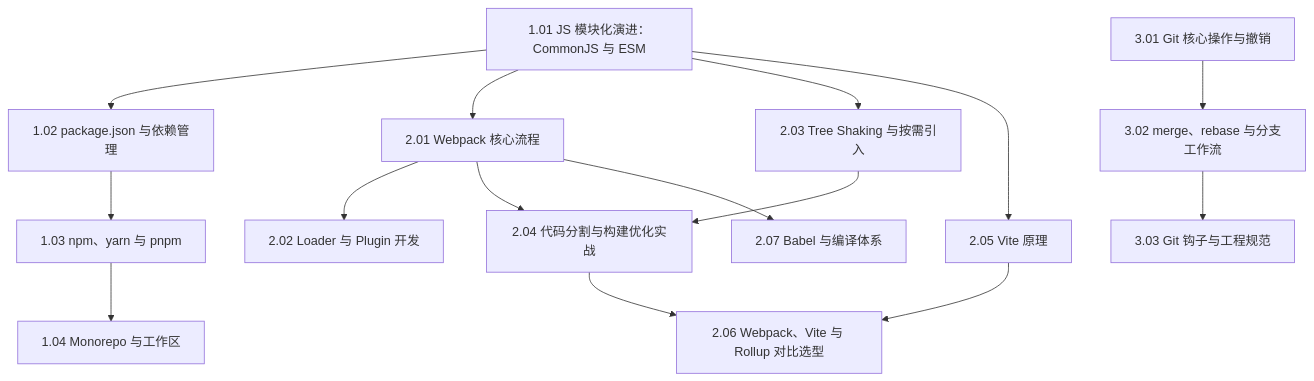
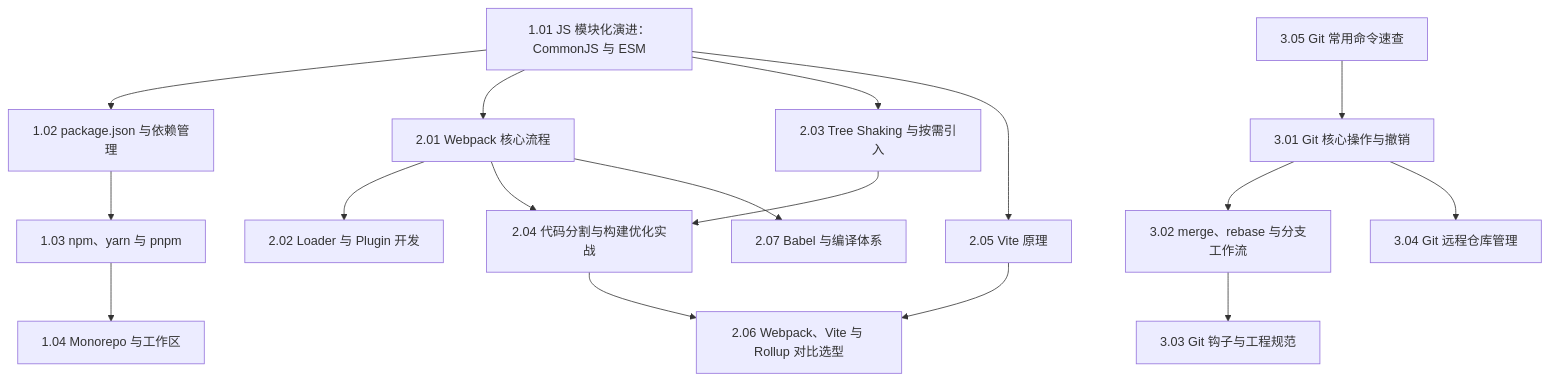
Before and after one commit to YuArtian/maraudersmap: the diagram in Marauder'sMap/Library/工程化/Index.md, drawn with Mermaid. The commit also changed other lines of this file and 10 other files, not shown here.

Commit message:
更新《AI 知识地图》文档，重命名并调整内容结构，确保各知识点之间的逻辑关系清晰。同时，修正相关文档中的链接，增强术语一致性与内容准确性。此外，新增《推理全流程》文档，详细阐述一次推理调用的完整链路，串联各个知识点，提升整体知识体系的连贯性与可读性。

````diff
--- a/Marauder'sMap/Library/工程化/Index.md
+++ b/Marauder'sMap/Library/工程化/Index.md
@@ -11,17 +11,19 @@
 ```mermaid
 flowchart TD
   A["1.01 JS 模块化演进：CommonJS 与 ESM"] --> B["1.02 package.json 与依赖管理"]
   B --> C["1.03 npm、yarn 与 pnpm"]
   C --> D["1.04 Monorepo 与工作区"]
   A --> E["2.01 Webpack 核心流程"]
   E --> F["2.02 Loader 与 Plugin 开发"]
   A --> G["2.03 Tree Shaking 与按需引入"]
   E --> H["2.04 代码分割与构建优化实战"]
   G --> H
   A --> I["2.05 Vite 原理"]
   H --> J["2.06 Webpack、Vite 与 Rollup 对比选型"]
   I --> J
   E --> K["2.07 Babel 与编译体系"]
-  L["3.01 Git 核心操作与撤销"] --> M["3.02 merge、rebase 与分支工作流"]
+  Q["3.05 Git 常用命令速查"] --> L["3.01 Git 核心操作与撤销"]
+  L --> M["3.02 merge、rebase 与分支工作流"]
   M --> N["3.03 Git 钩子与工程规范"]
+  L --> P["3.04 Git 远程仓库管理"]
 ```
````
